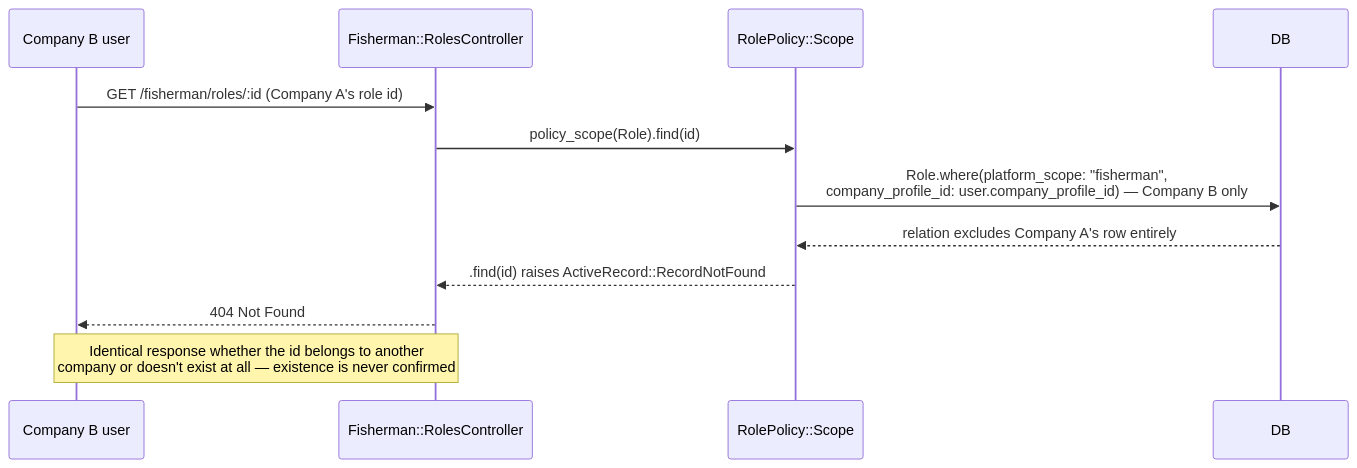
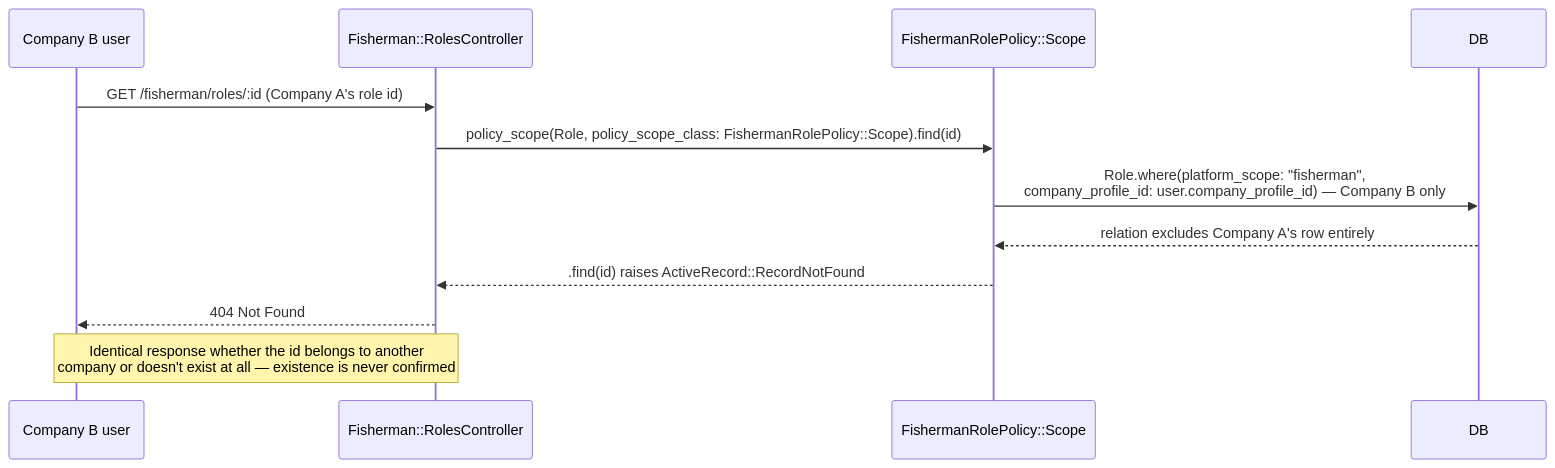
The ninth of 10 diagrams in docs/rbac/platform-company-isolation.md (arya020595/st_dofi_backend), drawn with Mermaid before and after one commit. The commit also changed other lines of this file and 73 other files, not shown here.

````diff
--- a/docs/rbac/platform-company-isolation.md
+++ b/docs/rbac/platform-company-isolation.md
@@ -695,15 +704,15 @@
 ```mermaid
 sequenceDiagram
     participant U as Company B user
     participant Ctrl as Fisherman::RolesController#show
-    participant Scope as RolePolicy::Scope
+    participant Scope as FishermanRolePolicy::Scope
     participant DB
 
     U->>Ctrl: GET /fisherman/roles/:id  (Company A's role id)
-    Ctrl->>Scope: policy_scope(Role).find(id)
+    Ctrl->>Scope: policy_scope(Role, policy_scope_class: FishermanRolePolicy::Scope).find(id)
     Scope->>DB: Role.where(platform_scope: "fisherman",<br/>company_profile_id: user.company_profile_id)  — Company B only
     DB-->>Scope: relation excludes Company A's row entirely
     Scope-->>Ctrl: .find(id) raises ActiveRecord::RecordNotFound
     Ctrl-->>U: 404 Not Found
     Note over U,Ctrl: Identical response whether the id belongs to another<br/>company or doesn't exist at all — existence is never confirmed
 ```
````
